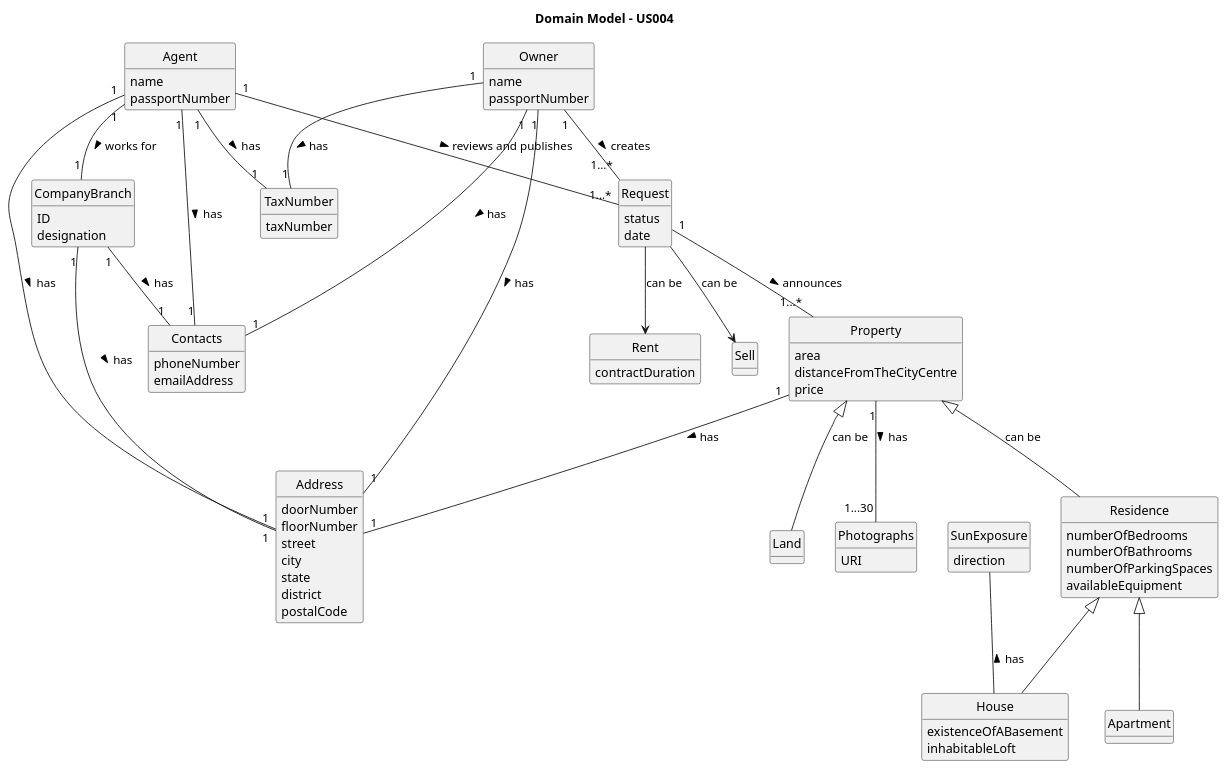
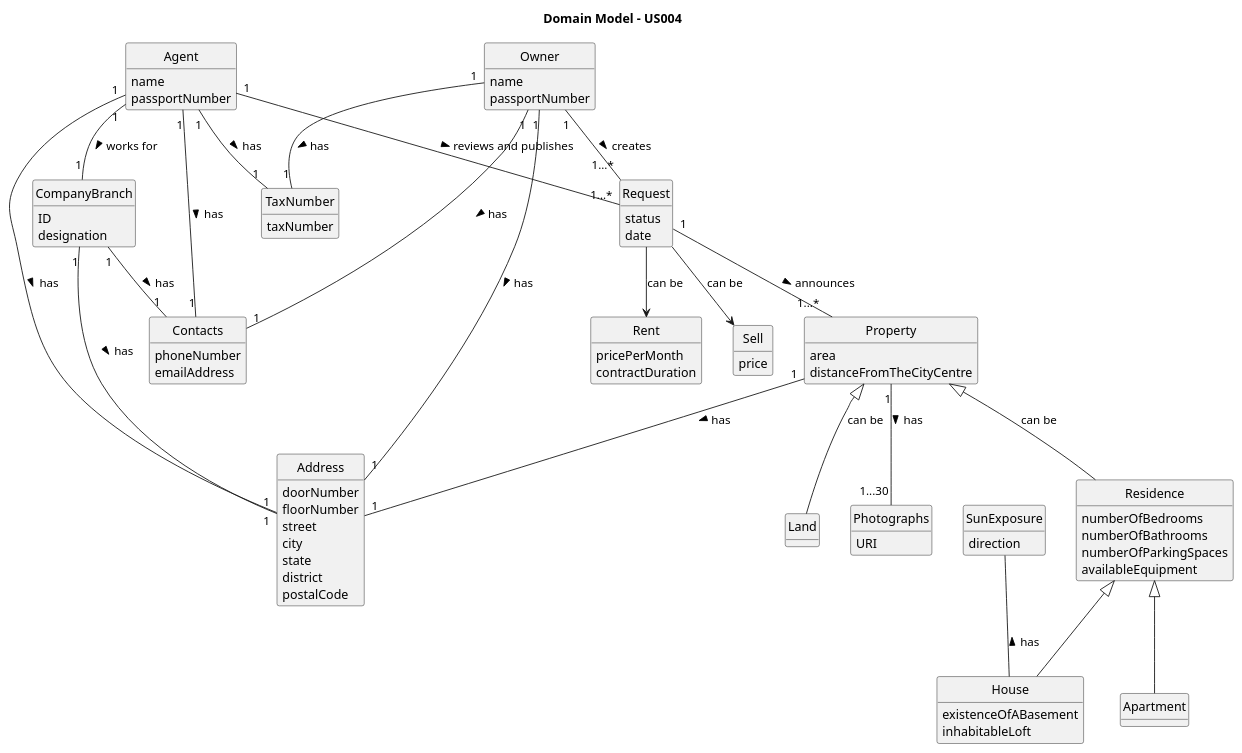
Before and after one commit to 1220812/LAPR2: the diagram in docs/sprintB/us004/02.analysis/puml/us004-domain-model.puml, drawn with PlantUML. The commit also changed 1 other file, not shown here.

```diff
--- a/docs/sprintB/us004/02.analysis/puml/us004-domain-model.puml
+++ b/docs/sprintB/us004/02.analysis/puml/us004-domain-model.puml
@@ -1,120 +1,121 @@
 @startuml
 skinparam monochrome true
 skinparam packageStyle rectangle
 skinparam shadowing false
 
 'left to right direction
 
 skinparam classAttributeIconSize 0
 
 hide circle
 hide methods
 
 title Domain Model - US004
 
 class Owner{
 name
 passportNumber
 }
 
 class Agent{
 name
 passportNumber
 }
 
 class CompanyBranch{
 ID
 designation
 }
 
 class Contacts{
 phoneNumber
 emailAddress
 }
 
 class Address{
 doorNumber
 floorNumber
 street
 city
 state
 district
 postalCode
 }
 
 class Request{
 status
 date
 }
 
 class Property{
 area
 distanceFromTheCityCentre
-price
 }
 
 class Residence{
 numberOfBedrooms
 numberOfBathrooms
 numberOfParkingSpaces
 availableEquipment
 }
 
 class House{
 existenceOfABasement
 inhabitableLoft
 }
 
 class Land{
 }
 
 class Sell{
+price
 }
 
 class Rent{
+pricePerMonth
 contractDuration
 }
 
 class Photographs{
 URI
 }
 
 class TaxNumber{
 taxNumber
 }
 
 class Apartment{
 }
 class SunExposure{
 direction
 }
 
 Owner "1" -- "1" Address : has >
 Owner "1" -- "1...*" Request : creates >
 Owner "1" -- "1" TaxNumber : has >
 Owner "1" -- "1" Contacts : has >
 
 Agent "1" -- "1" Address : has >
 Agent "1" -- "1...*" Request : reviews and publishes >
 Agent "1" -- "1" TaxNumber : has >
 Agent "1" -- "1" Contacts : has >
 Agent "1" -- "1" CompanyBranch : works for >
 
 Property "1" -- "1" Address : has >
 Property "1" -- "1...30" Photographs : has >
 Property <|-- Residence : can be
 Property <|-- Land : can be
 
 CompanyBranch "1" -- "1" Address : has >
 CompanyBranch "1" -- "1" Contacts : has >
 
 Residence <|-- House
 Residence <|-- Apartment
 
 Request --> Sell : can be
 Request --> Rent : can be
 Request "1"--"1...*" Property : announces >
 
 SunExposure -- House : has <
 
 @enduml
```
